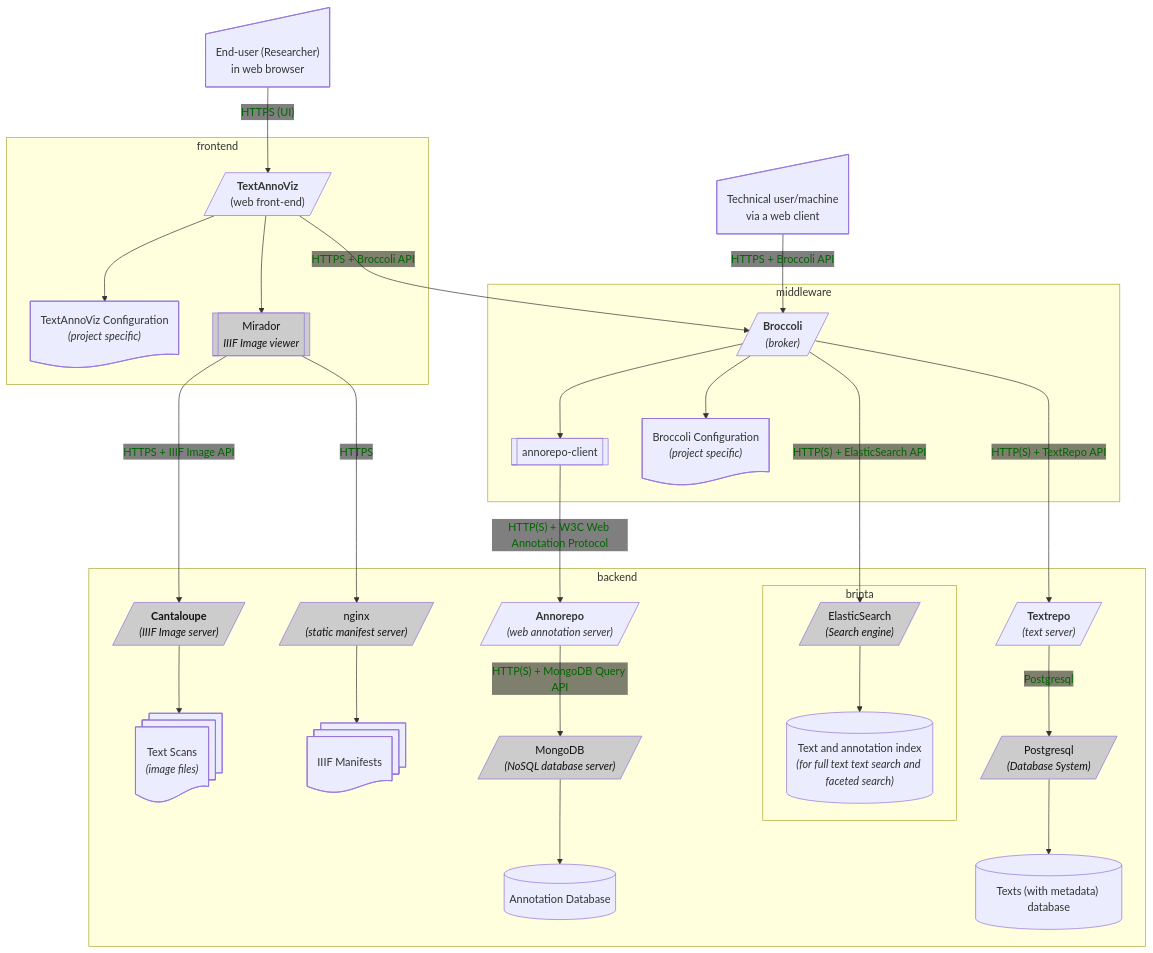
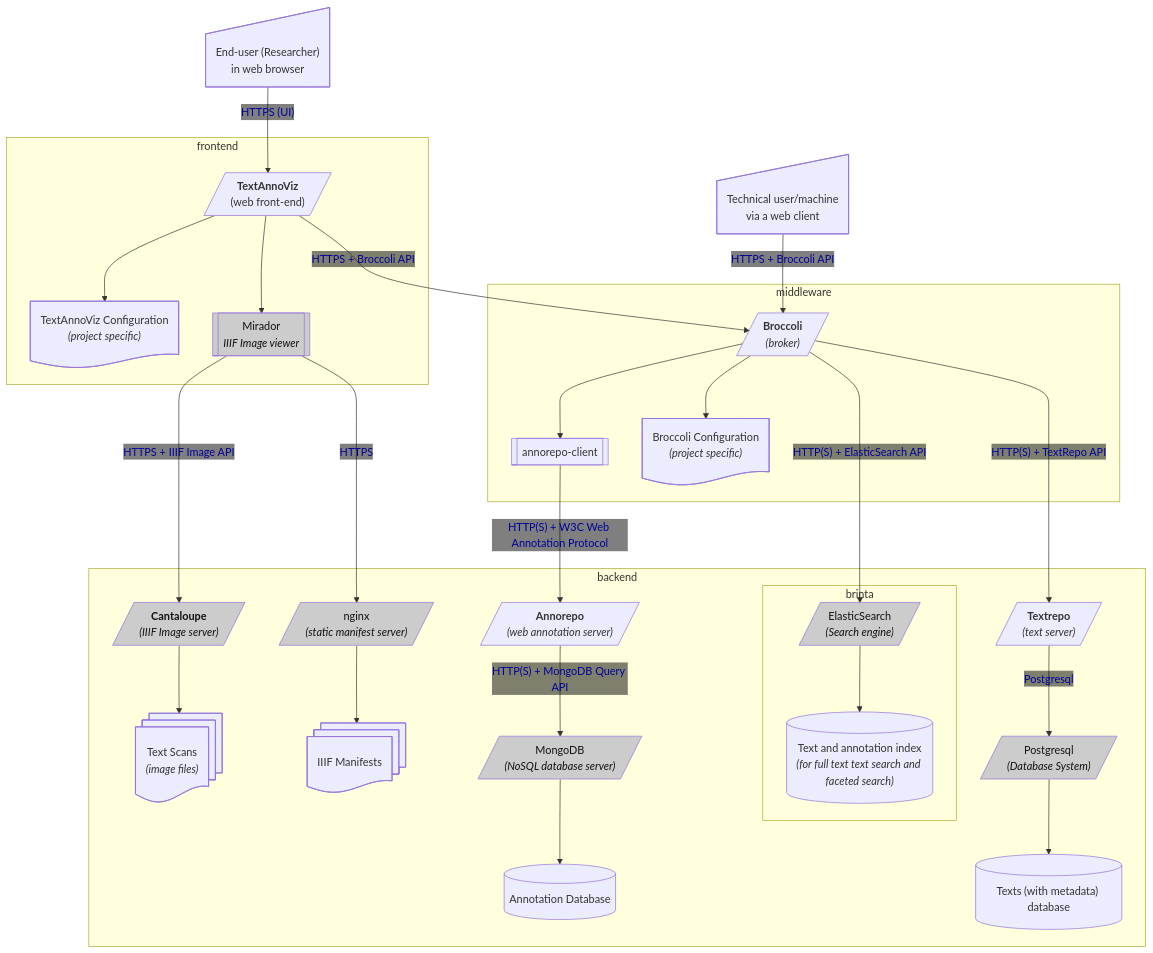
Before and after one commit to knaw-huc/tt-architecture: the first of 4 diagrams in README.md, drawn with Mermaid. The commit also changed other lines of this file, not shown here.

````diff
--- a/README.md
+++ b/README.md
@@ -9,82 +9,81 @@
 ```mermaid
 %%{init: {"flowchart": {"htmlLabels": true},
-    "theme": "default",
     'themeVariables': {
       'edgeLabelBackground': 'transparent'
     }
 }}%%
 flowchart TD
 
 
     user@{ shape: sl-rect, label: "End-user (Researcher)<br>in web browser"}
     user -- "HTTPS (UI)" --> textannoviz
     subgraph frontend
         tavconf@{ shape: doc, label: "TextAnnoViz Configuration<br><i>(project specific)</i>"}
         textannoviz --> tavconf
 
         textannoviz[/"<b>TextAnnoViz</b><br>(web front-end)"/]
         mirador@{shape: subproc, label: "Mirador<br><i>IIIF Image viewer</i>"}
         textannoviz --> mirador
     end
 
     techuser@{ shape: sl-rect, label: "Technical user/machine<br>via a web client"}
 
     techuser -- "HTTPS + Broccoli API" --> broccoli
     subgraph middleware
         textannoviz -- "HTTPS + Broccoli API" --> broccoli
         broccoli[/"<b>Broccoli</b><br><i>(broker)</i>"/]
 
         broccoli_annorepoclient@{shape: subproc, label: "annorepo-client"}
         broccoli --> broccoli_annorepoclient 
 
         broccoli --> brocconf
         brocconf@{ shape: doc, label: "Broccoli Configuration<br><i>(project specific)</i>"}
     end
 
 
     subgraph backend
     
         annorepo[/"<b>Annorepo</b><br><i>(web annotation server)</i>"/]
         mongodb[/"MongoDB<br><i>(NoSQL database server)</i>"/]
         annorepo_db[("Annotation Database")]
         annorepo -- "HTTP(S) + MongoDB Query API" --> mongodb --> annorepo_db
 
 
         textscans@{ shape: docs, label: "Text Scans<br><i>(image files)</i>"}
         textdb@{ shape: database, label: "Texts (with metadata) database"}
 
         textrepo[/"<b>Textrepo</b><br><i>(text server)</i>"/]
         postgresql[/"Postgresql<br><i>(Database System)</i>"/]
 
         subgraph brinta
             broccoli -- "HTTP(S) + ElasticSearch API" --> elasticsearch
             elasticsearch[/"ElasticSearch<br><i>(Search engine)</i>"/]
             searchindex[("Text and annotation index<br><i>(for full text text search and faceted search)</i>")]
             elasticsearch --> searchindex
         end
 
         textrepo -- "Postgresql" --> postgresql
 
         postgresql --> textdb
 
         cantaloupe[/"<b>Cantaloupe</b><br><i>(IIIF Image server)</i>"/]
         manifests@{ shape: docs, label: "IIIF Manifests"}
         cantaloupe --> textscans
 
         broccoli_annorepoclient -- "HTTP(S) + W3C Web Annotation Protocol" --> annorepo
         broccoli -- "HTTP(S) + TextRepo API" --> textrepo
 
         manifest_server[/"nginx<br><i>(static manifest server)</i>"/]
         manifest_server --> manifests
 
 
         mirador -- "HTTPS + IIIF Image API" --> cantaloupe
         mirador -- "HTTPS" --> manifest_server
     end
 
 
     classDef thirdparty fill:#ccc,color:#111
     class cantaloupe,mongodb,elasticsearch,postgresql,mirador,manifest_server thirdparty
 
-    linkStyle default background:transparent,color:#060
+    linkStyle default background:transparent,color:#009
 ```
````
